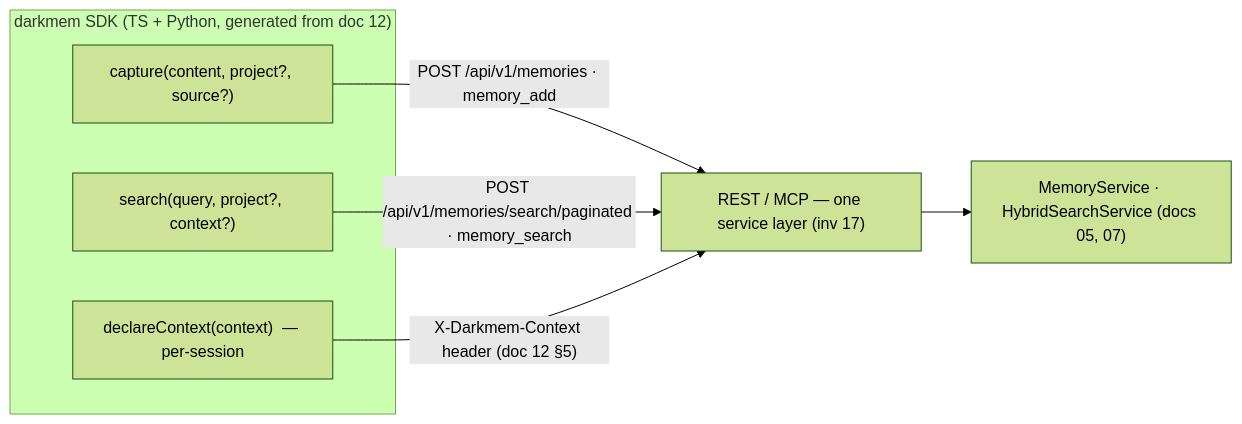
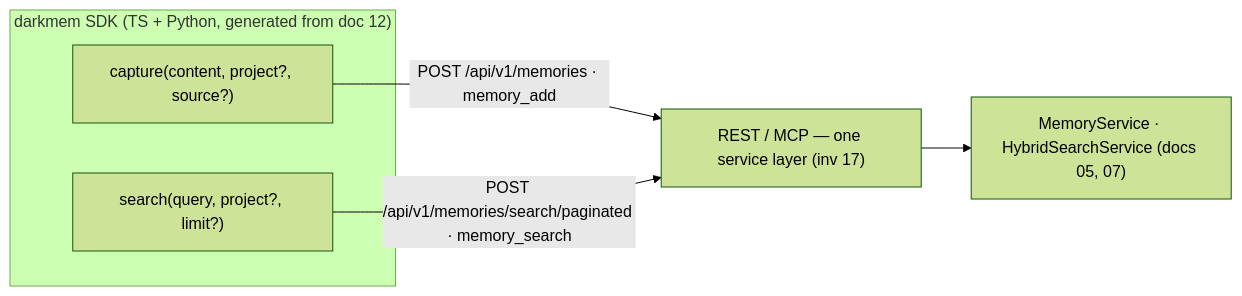
Before and after one commit to darkraise/darkmem: the seventh of 8 diagrams in docs/design/15-distribution-and-integration.md, drawn with Mermaid (forest theme). The commit also changed other lines of this file and 16 other files, not shown here.

````diff
--- a/docs/design/15-distribution-and-integration.md
+++ b/docs/design/15-distribution-and-integration.md
@@ -239,12 +239,10 @@
 ```mermaid
 flowchart LR
     subgraph SDK["darkmem SDK (TS + Python, generated from doc 12)"]
         CAP["capture(content, project?, source?)"]
-        SRCH["search(query, project?, context?)"]
-        CTX["declareContext(context)  — per-session"]
+        SRCH["search(query, project?, limit?)"]
     end
     CAP -->|"POST /api/v1/memories · memory_add"| DOOR["REST / MCP — one service layer (inv 17)"]
     SRCH -->|"POST /api/v1/memories/search/paginated · memory_search"| DOOR
-    CTX -->|"X-Darkmem-Context header (doc 12 §5)"| DOOR
     DOOR --> SVC["MemoryService · HybridSearchService (docs 05, 07)"]
 ```
````
